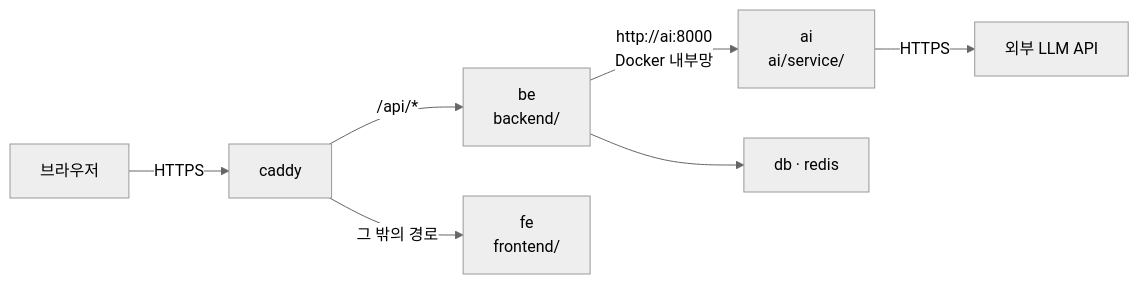
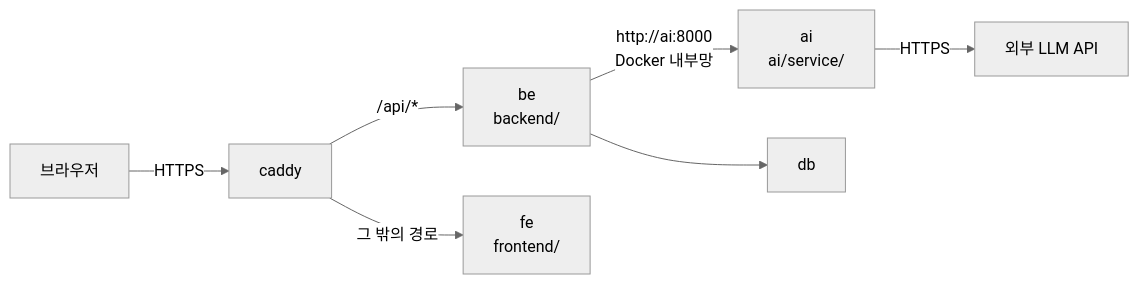
One commit to kakaotechcampus-4/ktc4-pusan-2 changed the first of 2 diagrams in docs/ai/ai-service.md. Above: the diagram before and after it, drawn with Mermaid (neutral theme). The commit also changed other lines of this file and 3 other files, not shown here.

````diff
--- a/docs/ai/ai-service.md
+++ b/docs/ai/ai-service.md
@@ -68,9 +68,9 @@
 ```mermaid
 flowchart LR
     U["브라우저"] -->|"HTTPS"| C["caddy"]
     C -->|"/api/*"| BE["be<br>backend/"]
     C -->|"그 밖의 경로"| FE["fe<br>frontend/"]
     BE -->|"http://ai:8000<br>Docker 내부망"| AI["ai<br>ai/service/"]
     AI -->|"HTTPS"| LLM["외부 LLM API"]
-    BE --> DB["db · redis"]
+    BE --> DB["db"]
 ```
````
